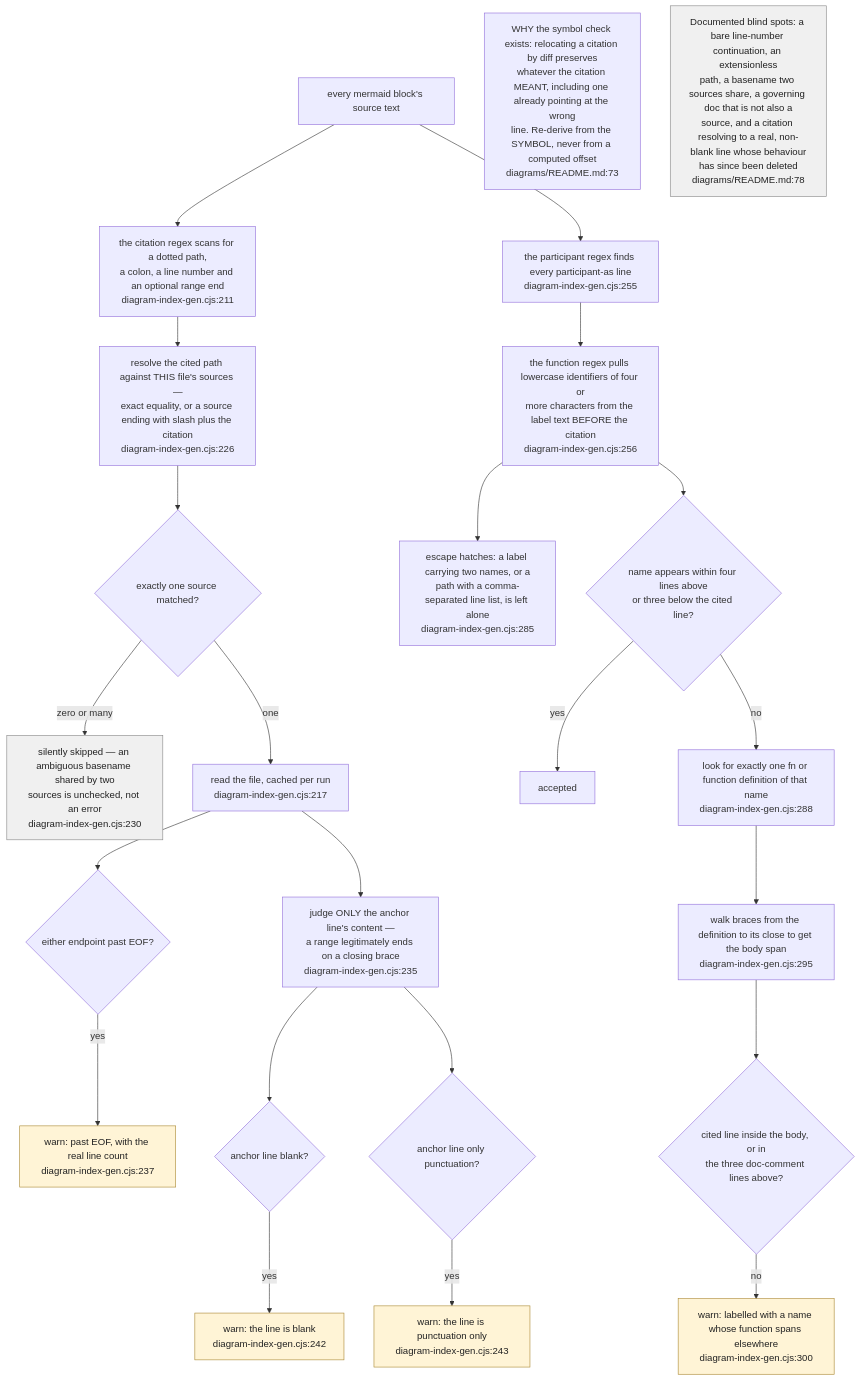
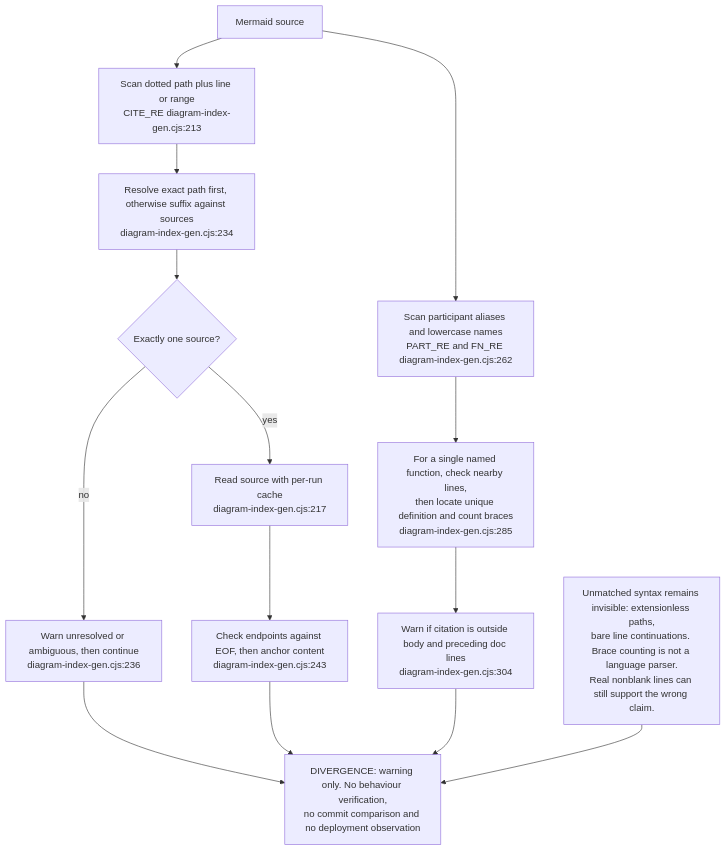
Before and after one commit to DreamLab-AI/VisionFlow: the tenth of 13 diagrams in docs/diagrams/visionflow/06-diagram-tooling.md, drawn with Mermaid. The commit also changed other lines of this file and 185 other files, not shown here.

Commit message:
docs(estate): reconcile diagrams and ADRs with source and define closeout sprint

````diff
--- a/docs/diagrams/visionflow/06-diagram-tooling.md
+++ b/docs/diagrams/visionflow/06-diagram-tooling.md
@@ -385,33 +317,16 @@
 ```mermaid
 flowchart TB
-    classDef warn fill:#fff4d6,stroke:#aa8833,color:#222
-    classDef blind fill:#f0f0f0,stroke:#888,color:#222
-
-    SRC["every mermaid block's source text"] --> RE["the citation regex scans for a dotted path,<br/>a colon, a line number and an optional range end<br/>diagram-index-gen.cjs:211"]
-    RE --> RES["resolve the cited path against THIS file's sources —<br/>exact equality, or a source ending with slash plus the citation<br/>diagram-index-gen.cjs:226"]
-    RES --> HITS{"exactly one source matched?"}
-    HITS -->|"zero or many"| SKIP["silently skipped — an ambiguous basename shared by two<br/>sources is unchecked, not an error<br/>diagram-index-gen.cjs:230"]:::blind
-    HITS -->|one| READ["read the file, cached per run<br/>diagram-index-gen.cjs:217"]
-
-    READ --> C1{"either endpoint past EOF?"}
-    C1 -->|yes| W1["warn: past EOF, with the real line count<br/>diagram-index-gen.cjs:237"]:::warn
-    READ --> C2["judge ONLY the anchor line's content —<br/>a range legitimately ends on a closing brace<br/>diagram-index-gen.cjs:235"]
-    C2 --> C3{"anchor line blank?"}
-    C3 -->|yes| W2["warn: the line is blank<br/>diagram-index-gen.cjs:242"]:::warn
-    C2 --> C4{"anchor line only punctuation?"}
-    C4 -->|yes| W3["warn: the line is punctuation only<br/>diagram-index-gen.cjs:243"]:::warn
-
-    SRC --> PART["the participant regex finds every participant-as line<br/>diagram-index-gen.cjs:255"]
-    PART --> FN["the function regex pulls lowercase identifiers of four or<br/>more characters from the label text BEFORE the citation<br/>diagram-index-gen.cjs:256"]
-    FN --> ESC["escape hatches: a label carrying two names, or a<br/>path with a comma-separated line list, is left alone<br/>diagram-index-gen.cjs:285"]
-    FN --> NEAR{"name appears within four lines above<br/>or three below the cited line?"}
-    NEAR -->|yes| OKS["accepted"]
-    NEAR -->|no| DEF["look for exactly one fn or function definition of that name<br/>diagram-index-gen.cjs:288"]
-    DEF --> SPAN["walk braces from the definition to its close to get the body span<br/>diagram-index-gen.cjs:295"]
-    SPAN --> JUDGE{"cited line inside the body, or in<br/>the three doc-comment lines above?"}
-    JUDGE -->|no| W4["warn: labelled with a name whose function spans elsewhere<br/>diagram-index-gen.cjs:300"]:::warn
-
-    WHY["WHY the symbol check exists: relocating a citation by diff preserves<br/>whatever the citation MEANT, including one already pointing at the wrong<br/>line. Re-derive from the SYMBOL, never from a computed offset<br/>diagrams/README.md:73"]
-
-    BLIND["Documented blind spots: a bare line-number continuation, an extensionless<br/>path, a basename two sources share, a governing doc that is not also a<br/>source, and a citation resolving to a real, non-blank line whose behaviour<br/>has since been deleted<br/>diagrams/README.md:78"]:::blind
+    A["Mermaid source"] --> RE["Scan dotted path plus line or range<br/>CITE_RE diagram-index-gen.cjs:213"]
+    RE --> MATCH["Resolve exact path first, otherwise suffix against sources<br/>diagram-index-gen.cjs:234"]
+    MATCH --> COUNT{"Exactly one source?"}
+    COUNT -->|no| WARN["Warn unresolved or ambiguous, then continue<br/>diagram-index-gen.cjs:236"]
+    COUNT -->|yes| READ["Read source with per-run cache<br/>diagram-index-gen.cjs:217"]
+    READ --> LINE["Check endpoints against EOF, then anchor content<br/>diagram-index-gen.cjs:243"]
+    A --> PART["Scan participant aliases and lowercase names<br/>PART_RE and FN_RE diagram-index-gen.cjs:262"]
+    PART --> FN["For a single named function, check nearby lines,<br/>then locate unique definition and count braces<br/>diagram-index-gen.cjs:285"]
+    FN --> SPAN["Warn if citation is outside body and preceding doc lines<br/>diagram-index-gen.cjs:304"]
+    WARN --> LIMIT["DIVERGENCE: warning only. No behaviour verification,<br/>no commit comparison and no deployment observation"]
+    LINE --> LIMIT
+    SPAN --> LIMIT
+    BLIND["Unmatched syntax remains invisible: extensionless paths,<br/>bare line continuations. Brace counting is not a language parser.<br/>Real nonblank lines can still support the wrong claim."] --> LIMIT
 ```
````
